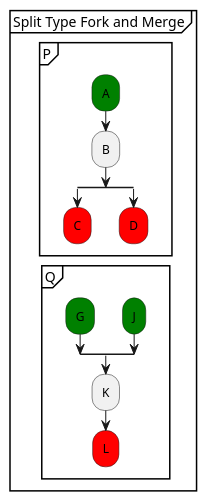
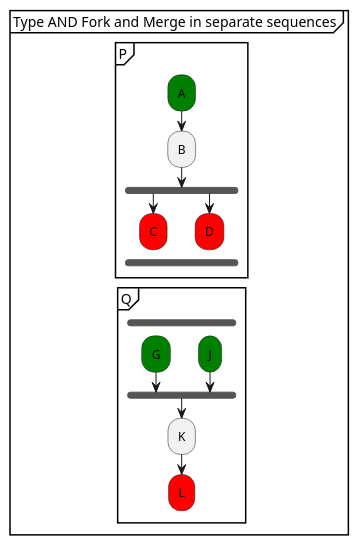
One commit to xtuml/munin changed the diagram in models/SequenceVerificationDataCentric/puml/Tutorial_12.puml. Above: the diagram before and after it, drawn with PlantUML. The commit also changed 21 other files, not shown here.

```diff
--- a/models/SequenceVerificationDataCentric/puml/Tutorial_12.puml
+++ b/models/SequenceVerificationDataCentric/puml/Tutorial_12.puml
@@ -7,27 +7,28 @@
 @startuml 
-partition "Split Type Fork and Merge" {
+partition "Type AND Fork and Merge in separate sequences" {
   group "P"
     #green:A;
     :B;
-    split
+    fork
       #red:C;
       detach
-    split again
+    fork again
       #red:D;
       detach
-    end split
+    end fork
+    -[hidden]->
   end group
   group "Q"
-    split
+    fork
       -[hidden]->
       #green:G;
-    split again
+    fork again
       -[hidden]->
       #green:J;
-    end split
+    end fork
     :K;
     #red:L;
     detach
   end group
 }
 @enduml
```
